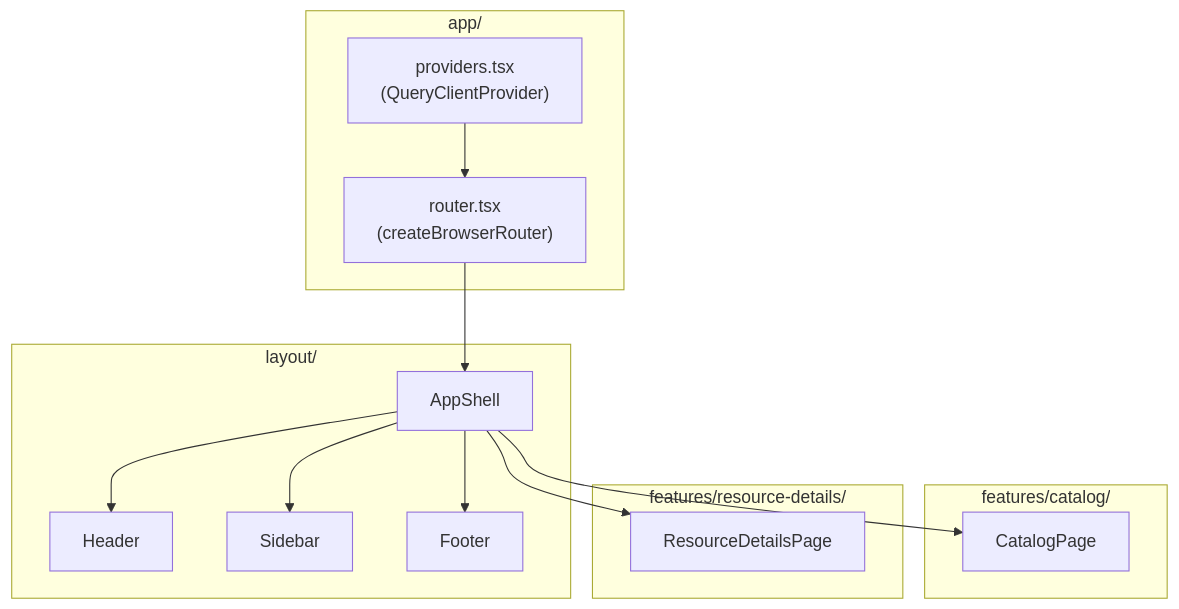
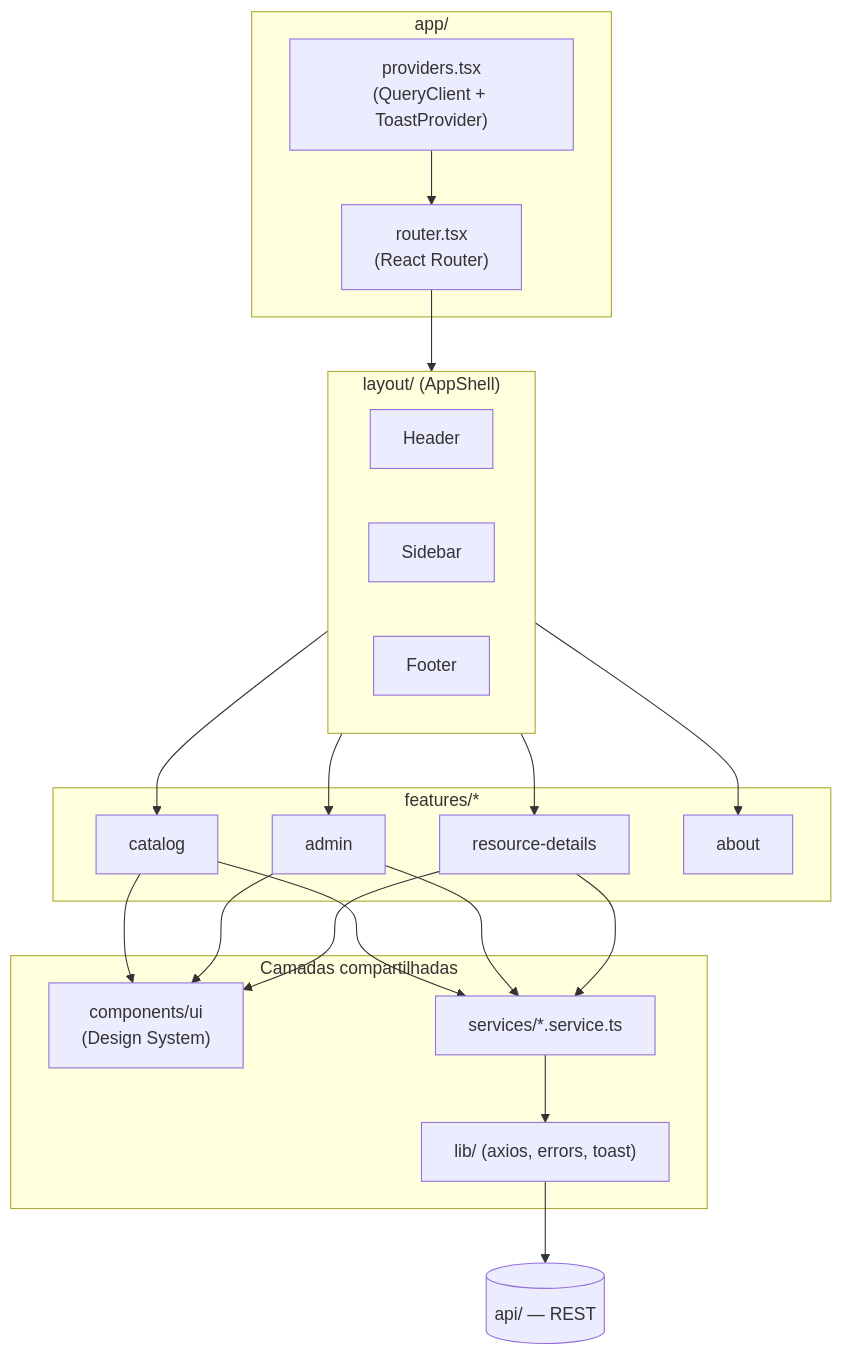
Before and after one commit to alanerochaa/buni-api-hub-web: the first of 2 diagrams in README.md, drawn with Mermaid. The commit also changed other lines of this file and 62 other files, not shown here.

````diff
--- a/README.md
+++ b/README.md
@@ -74,23 +67,35 @@
 ```mermaid
-flowchart TD
-    subgraph app["app/"]
-        Providers["providers.tsx<br/>(QueryClientProvider)"]
-        Router["router.tsx<br/>(createBrowserRouter)"]
+flowchart TB
+    subgraph App["app/"]
+        Router["router.tsx<br/>(React Router)"]
+        Providers["providers.tsx<br/>(QueryClient + ToastProvider)"]
     end
 
-    subgraph layout["layout/"]
-        Shell["AppShell"] --> Header & Sidebar & Footer
+    subgraph Shell["layout/ (AppShell)"]
+        Header
+        Sidebar
+        Footer
     end
 
-    subgraph catalog["features/catalog/"]
-        CatalogPage
+    subgraph Features["features/*"]
+        Catalog["catalog"]
+        Admin["admin"]
+        Details["resource-details"]
+        About["about"]
     end
 
-    subgraph details["features/resource-details/"]
-        DetailsPage["ResourceDetailsPage"]
+    subgraph Shared["Camadas compartilhadas"]
+        UI["components/ui<br/>(Design System)"]
+        Services["services/*.service.ts"]
+        Lib["lib/ (axios, errors, toast)"]
     end
 
-    Providers --> Router --> Shell
-    Shell --> CatalogPage
-    Shell --> DetailsPage
+    API[("api/ — REST")]
+
+    Providers --> Router
+    Router --> Shell
+    Shell --> Catalog & Admin & Details & About
+    Catalog & Admin & Details --> UI
+    Catalog & Admin & Details --> Services
+    Services --> Lib --> API
 ```
````
